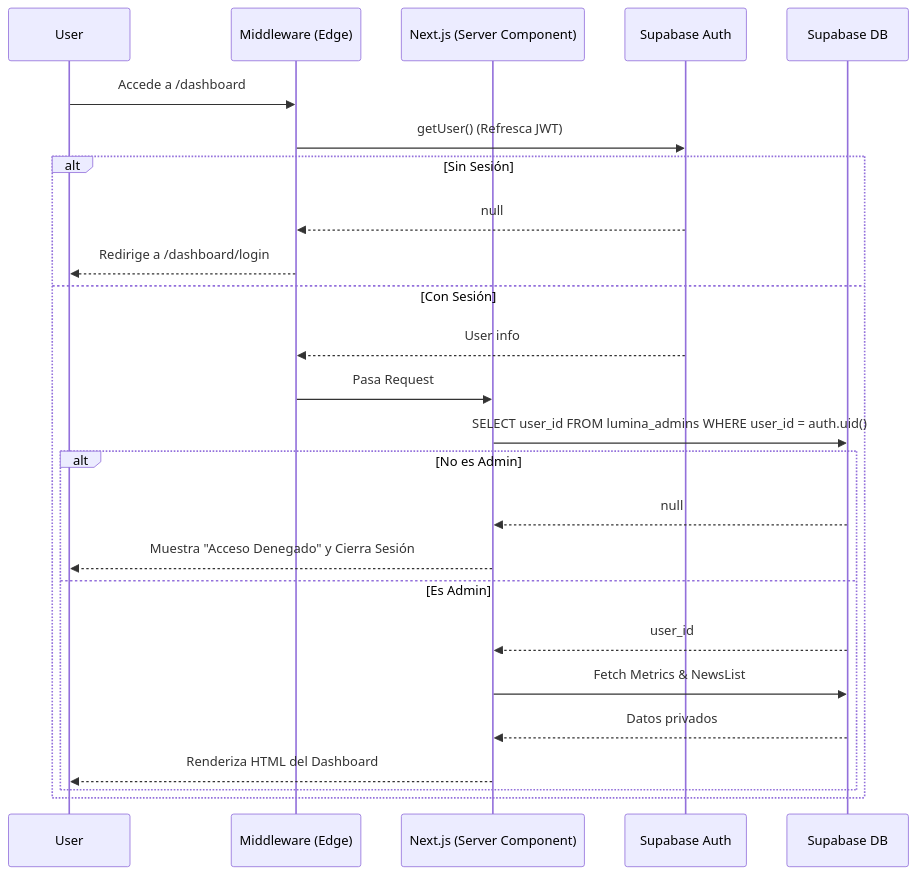
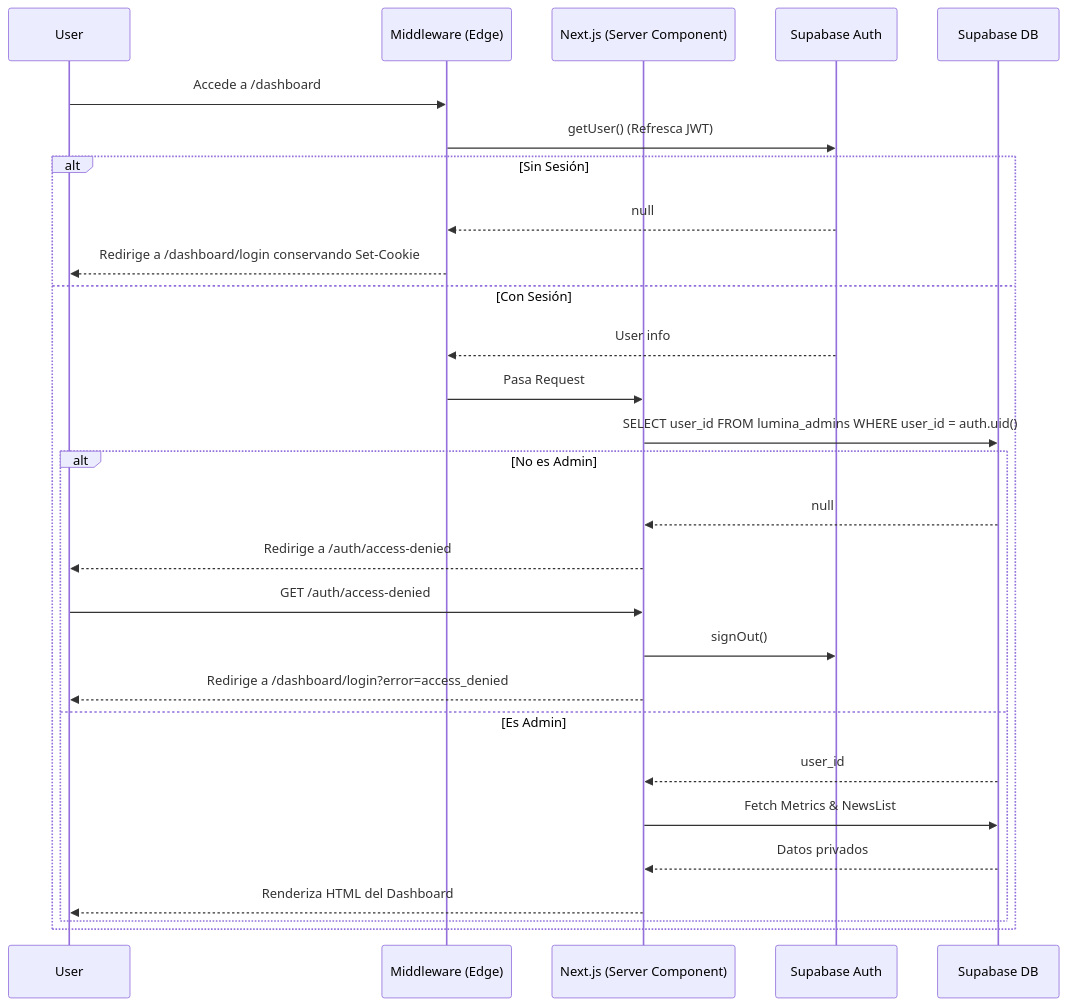
The diagram in docs/phase_2a_auth.md (margen-web/lumina), drawn with Mermaid before and after one commit. The commit also changed other lines of this file and 14 other files, not shown here.

````diff
--- a/docs/phase_2a_auth.md
+++ b/docs/phase_2a_auth.md
@@ -12,28 +12,31 @@
 ```mermaid
 sequenceDiagram
     participant User
     participant Middleware (Edge)
     participant Next.js (Server Component)
     participant Supabase Auth
     participant Supabase DB
 
     User->>Middleware (Edge): Accede a /dashboard
     Middleware (Edge)->>Supabase Auth: getUser() (Refresca JWT)
     alt Sin Sesión
         Supabase Auth-->>Middleware (Edge): null
-        Middleware (Edge)-->>User: Redirige a /dashboard/login
+        Middleware (Edge)-->>User: Redirige a /dashboard/login conservando Set-Cookie
     else Con Sesión
         Supabase Auth-->>Middleware (Edge): User info
         Middleware (Edge)->>Next.js (Server Component): Pasa Request
         Next.js (Server Component)->>Supabase DB: SELECT user_id FROM lumina_admins WHERE user_id = auth.uid()
         alt No es Admin
             Supabase DB-->>Next.js (Server Component): null
-            Next.js (Server Component)-->>User: Muestra "Acceso Denegado" y Cierra Sesión
+            Next.js (Server Component)-->>User: Redirige a /auth/access-denied
+            User->>Next.js (Server Component): GET /auth/access-denied
+            Next.js (Server Component)->>Supabase Auth: signOut()
+            Next.js (Server Component)-->>User: Redirige a /dashboard/login?error=access_denied
         else Es Admin
             Supabase DB-->>Next.js (Server Component): user_id
             Next.js (Server Component)->>Supabase DB: Fetch Metrics & NewsList
             Supabase DB-->>Next.js (Server Component): Datos privados
             Next.js (Server Component)-->>User: Renderiza HTML del Dashboard
         end
     end
 ```
````
